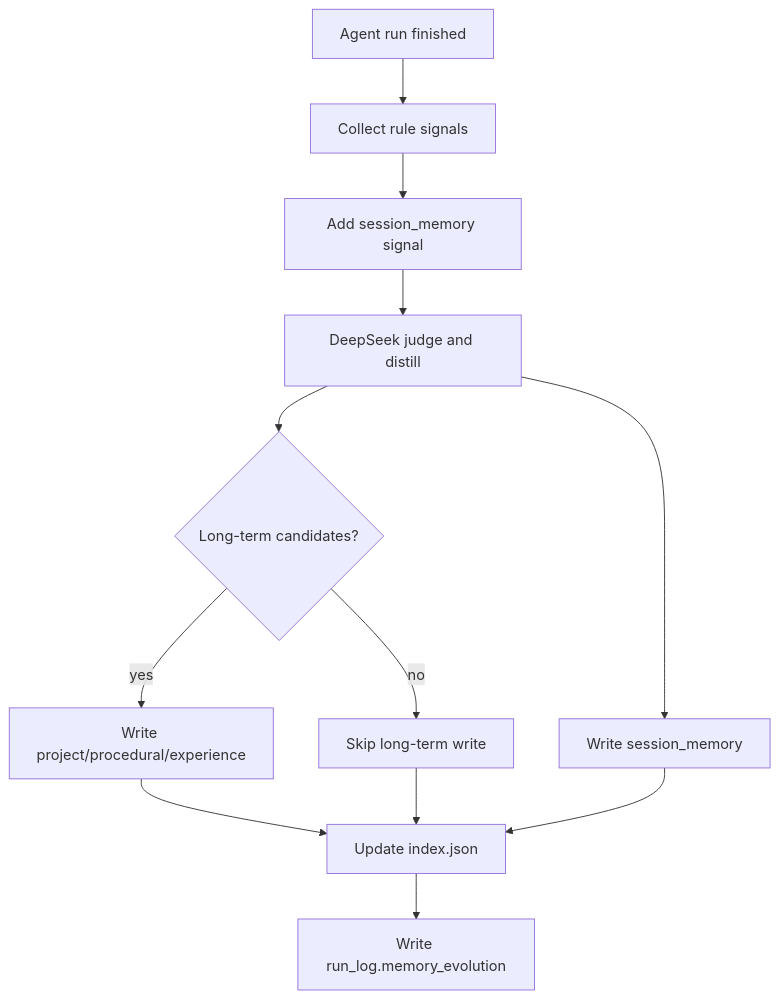
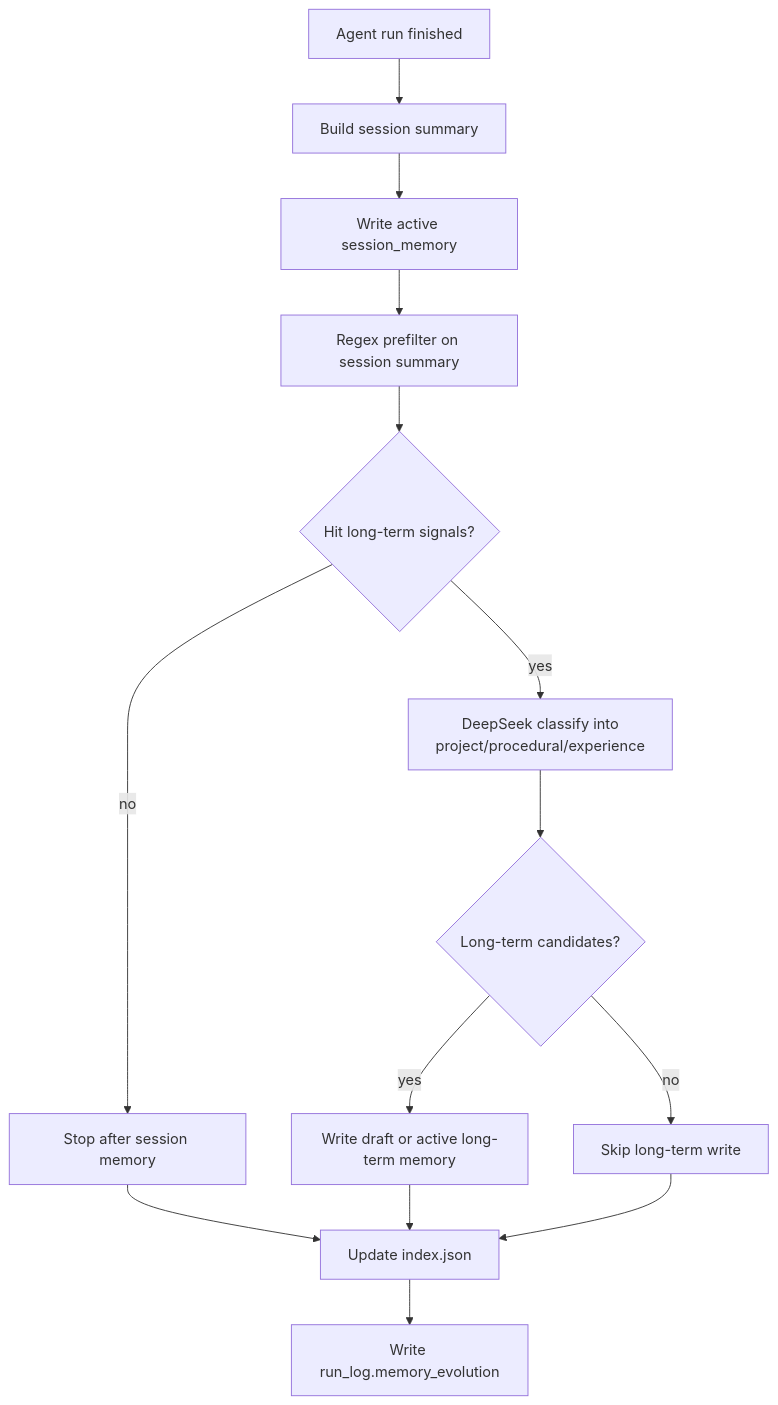
Before and after one commit to Cachuela11/MiniCode: the sixth of 6 diagrams in README.md, drawn with Mermaid. The commit also changed other lines of this file and 1 other file, not shown here.

Commit message:
update memory

````diff
--- a/README.md
+++ b/README.md
@@ -226,14 +226,16 @@
 ```mermaid
 flowchart TD
-    A[Agent run finished] --> B[Collect rule signals]
-    B --> C[Add session_memory signal]
-    C --> D[DeepSeek judge and distill]
-    D --> E{Long-term candidates?}
-    E -->|yes| F[Write project/procedural/experience]
-    E -->|no| G[Skip long-term write]
-    D --> H[Write session_memory]
-    F --> I[Update index.json]
-    G --> I
-    H --> I
-    I --> J[Write run_log.memory_evolution]
+    A[Agent run finished] --> B[Build session summary]
+    B --> C[Write active session_memory]
+    C --> D[Regex prefilter on session summary]
+    D --> E{Hit long-term signals?}
+    E -->|no| F[Stop after session memory]
+    E -->|yes| G[DeepSeek classify into<br/>project/procedural/experience]
+    G --> H{Long-term candidates?}
+    H -->|yes| I[Write draft or active long-term memory]
+    H -->|no| J[Skip long-term write]
+    F --> K[Update index.json]
+    I --> K
+    J --> K
+    K --> L[Write run_log.memory_evolution]
 ```
````
